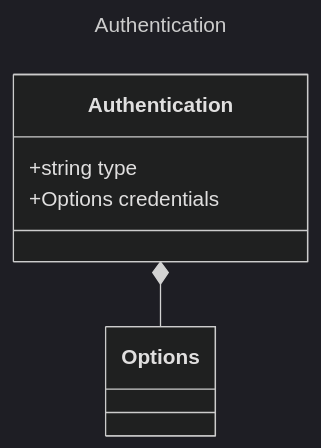
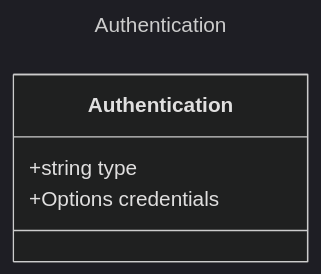
The diagram in specification/prompty/docs/Authentication.md (microsoft/prompty), drawn with Mermaid (dark theme) before and after one commit. The commit also changed 22 other files, not shown here.

Commit message:
corrected class diagrams

````diff
--- a/specification/prompty/docs/Authentication.md
+++ b/specification/prompty/docs/Authentication.md
@@ -7,13 +7,10 @@
 ```mermaid
 ---
 title: Authentication
 ---
 classDiagram
-    class Options {
-    }
     class Authentication {
         +string type
         +Options credentials
     }
-    Authentication *-- Options
 ```
````
